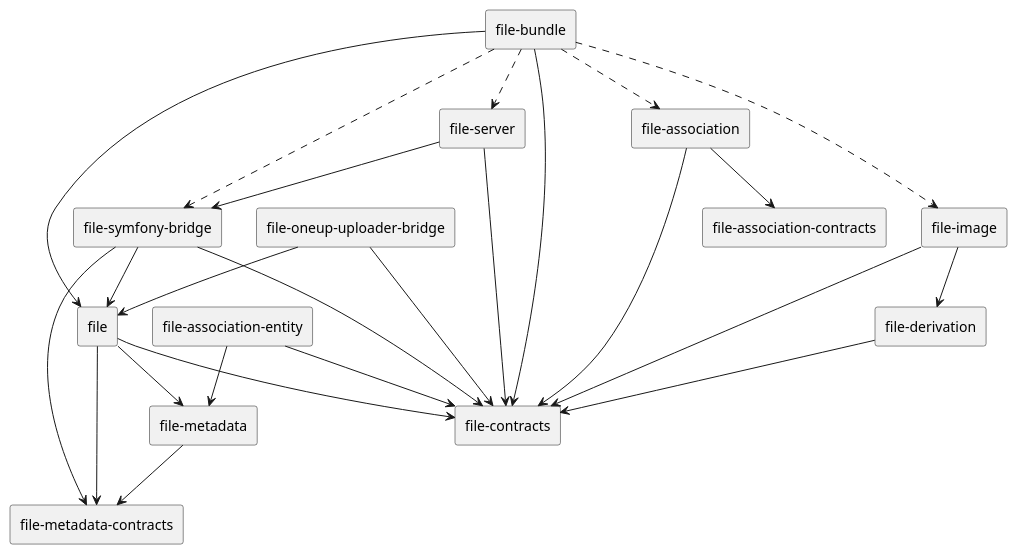
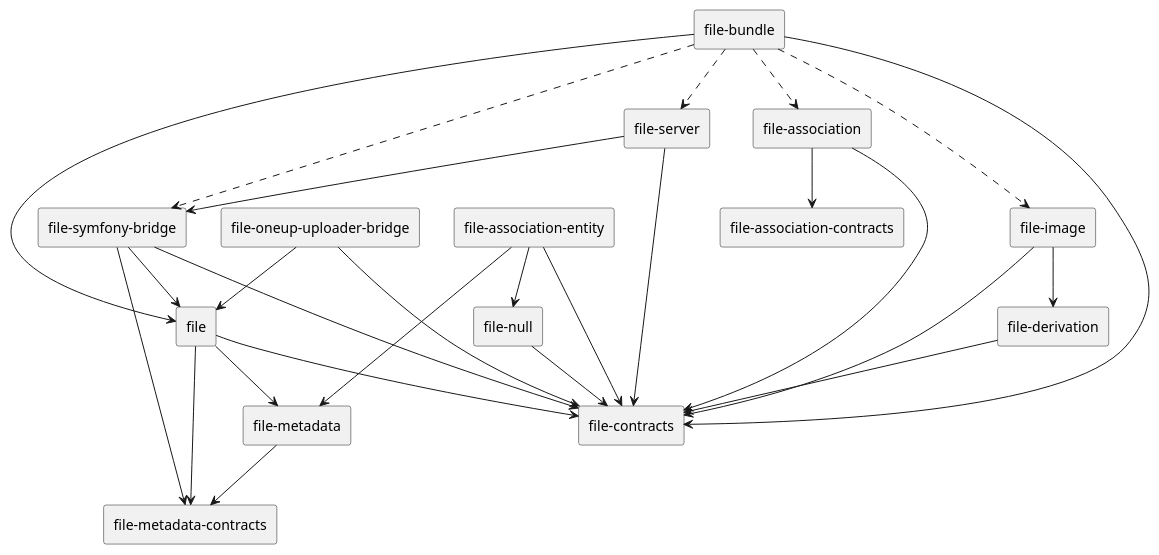
Before and after one commit to rekalogika/rekalogika.dev: the diagram in diagrams/file-components.wsd, drawn with PlantUML. The commit also changed 6 other files, not shown here.

```diff
--- a/diagrams/file-components.wsd
+++ b/diagrams/file-components.wsd
@@ -1,30 +1,32 @@
 @startuml file-components
 
 skinparam componentStyle rectangle
 
 [file] --> [file-contracts]
 [file] --> [file-metadata-contracts]
 [file] --> [file-metadata]
 [file-association] --> [file-association-contracts]
 [file-association] --> [file-contracts]
 [file-bundle] --> [file]
 [file-bundle] --> [file-contracts]
 [file-bundle] ..> [file-image]
 [file-bundle] ..> [file-association]
 [file-bundle] ..> [file-server]
 [file-bundle] ..> [file-symfony-bridge]
 [file-derivation] --> [file-contracts]
 [file-image] --> [file-contracts]
 [file-image] --> [file-derivation]
 [file-oneup-uploader-bridge] --> [file-contracts]
 [file-oneup-uploader-bridge] --> [file]
 [file-server] --> [file-contracts]
 [file-server] --> [file-symfony-bridge]
 [file-symfony-bridge] --> [file]
 [file-symfony-bridge] --> [file-contracts]
 [file-symfony-bridge] --> [file-metadata-contracts]
 [file-association-entity] --> [file-contracts]
 [file-association-entity] --> [file-metadata]
+[file-association-entity] --> [file-null]
 [file-metadata] --> [file-metadata-contracts]
+[file-null] --> [file-contracts]
 
 @enduml
```
